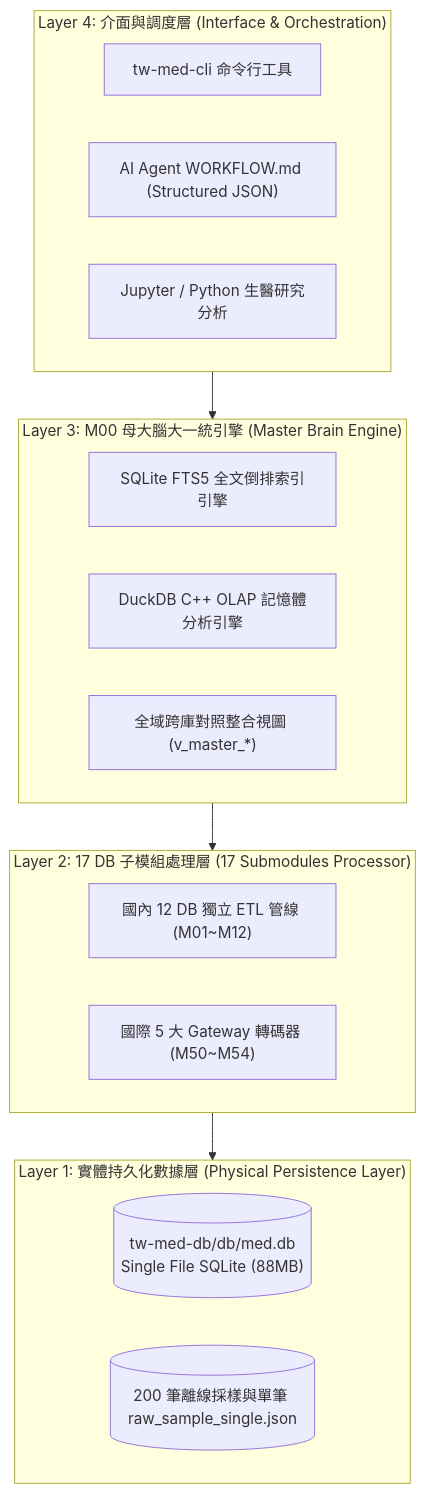
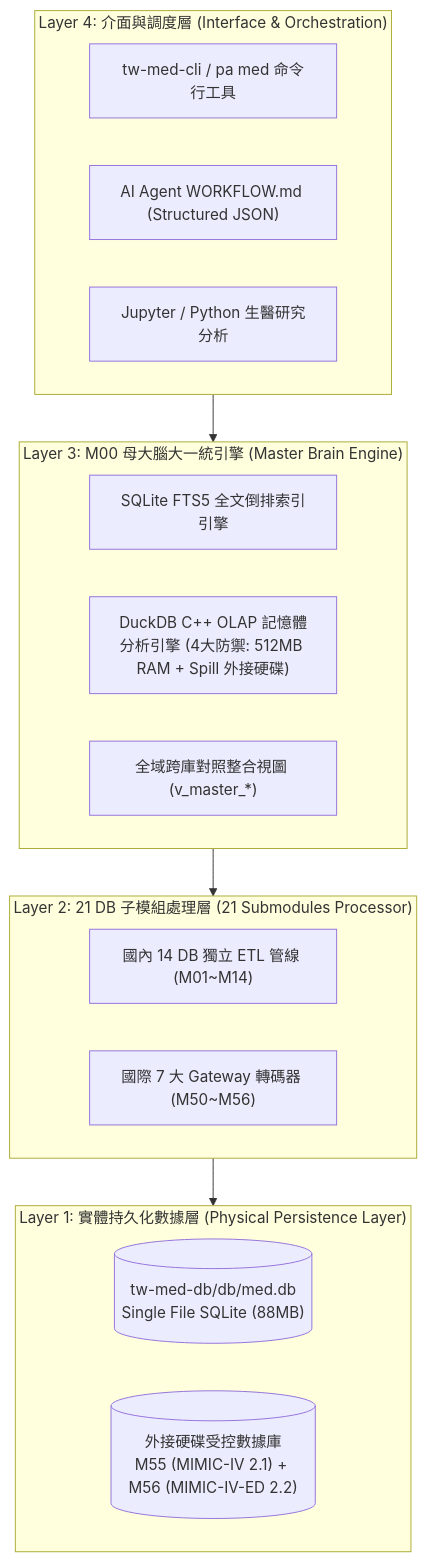
One commit to wuulong/tw-med-db changed the first of 4 diagrams in book/02_architecture_and_models.md. Above: the diagram before and after it, drawn with Mermaid. The commit also changed other lines of this file and 30 other files, not shown here.

First line of the commit message:
feat(m56,m55,m00): 新增 M56 急診 Gateway 模組、升級 M55 全量 DuckDB 查詢與 CLI 大補完

````diff
--- a/book/02_architecture_and_models.md
+++ b/book/02_architecture_and_models.md
@@ -12,28 +12,28 @@
 ```mermaid
 flowchart TB
     subgraph Tier4["Layer 4: 介面與調度層 (Interface & Orchestration)"]
-        CLI["tw-med-cli 命令行工具"]
+        CLI["tw-med-cli / pa med 命令行工具"]
         Agent["AI Agent WORKFLOW.md (Structured JSON)"]
         Notebook["Jupyter / Python 生醫研究分析"]
     end
 
     subgraph Tier3["Layer 3: M00 母大腦大一統引擎 (Master Brain Engine)"]
         FTS5_Engine["SQLite FTS5 全文倒排索引引擎"]
-        DuckDB_Engine["DuckDB C++ OLAP 記憶體分析引擎"]
+        DuckDB_Engine["DuckDB C++ OLAP 記憶體分析引擎 (4大防禦: 512MB RAM + Spill 外接硬碟)"]
         Mesh_Views["全域跨庫對照整合視圖 (v_master_*)"]
     end
 
-    subgraph Tier2["Layer 2: 17 DB 子模組處理層 (17 Submodules Processor)"]
-        Domestic_ETL["國內 12 DB 獨立 ETL 管線 (M01~M12)"]
-        Global_Gateways["國際 5 大 Gateway 轉碼器 (M50~M54)"]
+    subgraph Tier2["Layer 2: 21 DB 子模組處理層 (21 Submodules Processor)"]
+        Domestic_ETL["國內 14 DB 獨立 ETL 管線 (M01~M14)"]
+        Global_Gateways["國際 7 大 Gateway 轉碼器 (M50~M56)"]
     end
 
     subgraph Tier1["Layer 1: 實體持久化數據層 (Physical Persistence Layer)"]
         SQLite_DB[("tw-med-db/db/med.db<br>Single File SQLite (88MB)")]
-        Raw_JSON[("200 筆離線採樣與單筆 raw_sample_single.json")]
+        External_HD[("外接硬碟受控數據庫<br>M55 (MIMIC-IV 2.1) + M56 (MIMIC-IV-ED 2.2)")]
     end
 
     Tier4 --> Tier3
     Tier3 --> Tier2
     Tier2 --> Tier1
 ```
````
